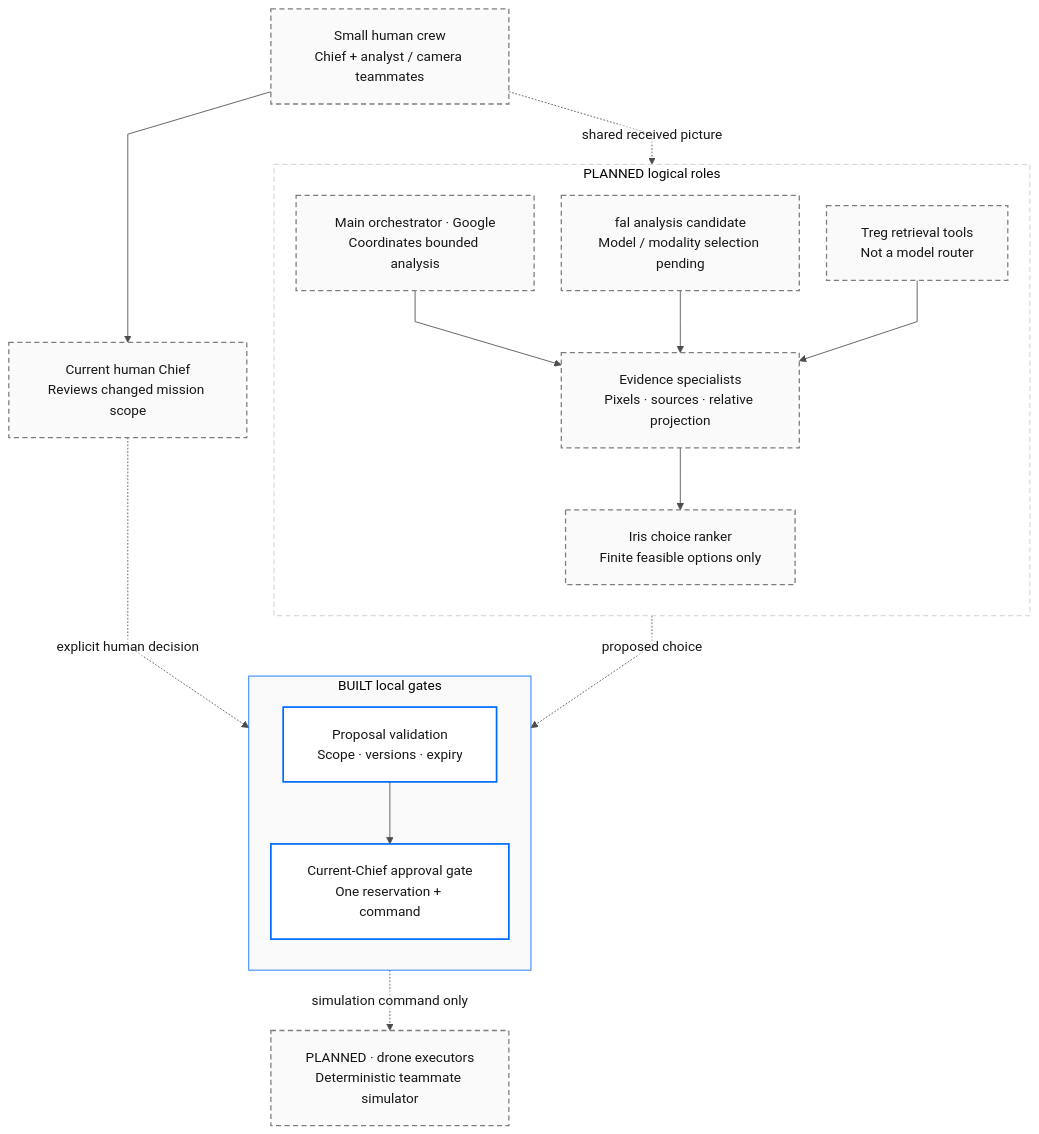
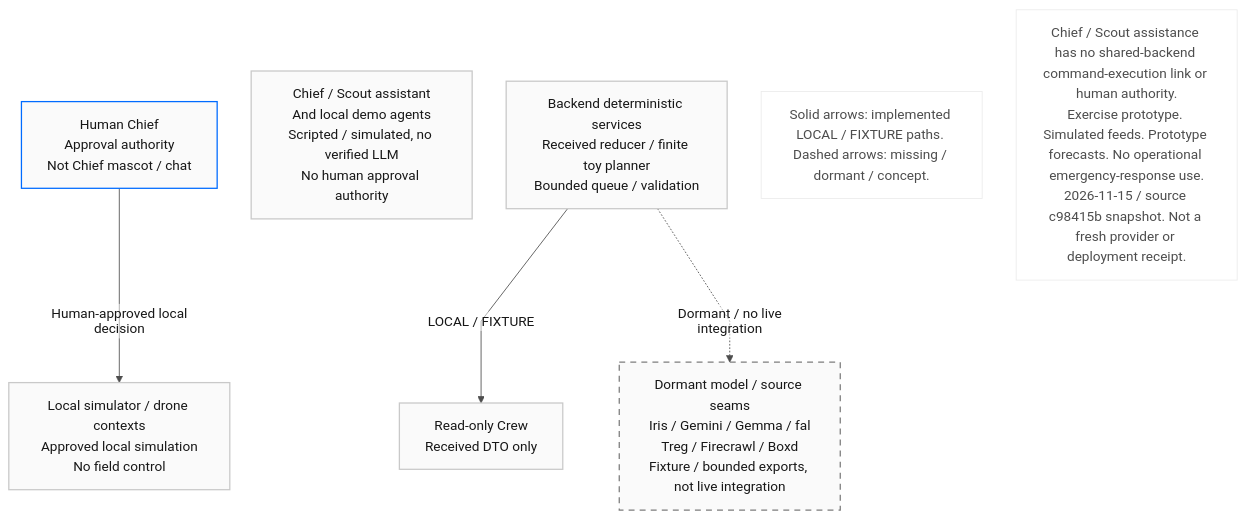
One commit to nikolas-sapa/FIREYE changed the diagram in docs/assets/readme/agent-roles.mmd. Above: the diagram before and after it, drawn with Mermaid. The commit also changed 16 other files, not shown here.

First line of the commit message:
Keep demo diagrams aligned with implemented exercise boundaries

```diff
--- a/docs/assets/readme/agent-roles.mmd
+++ b/docs/assets/readme/agent-roles.mmd
@@ -1,42 +1,23 @@
-%%{init: {"theme":"base","fontFamily":"Geist Sans","fontSize":18,"themeVariables":{"background":"#ffffff","primaryColor":"#fafafa","primaryTextColor":"#171717","primaryBorderColor":"#8f8f8f","lineColor":"#4d4d4d","secondaryColor":"#ffffff","tertiaryColor":"#fafafa","clusterBkg":"#fafafa","clusterBorder":"#c9c9c9","edgeLabelBackground":"#ffffff"},"flowchart":{"htmlLabels":false,"curve":"linear","nodeSpacing":32,"rankSpacing":48,"padding":20}}}%%
+%%{init: {"theme":"base","fontFamily":"Geist Sans","fontSize":22,"themeVariables":{"primaryColor":"#fafafa","primaryTextColor":"#171717","primaryBorderColor":"#c9c9c9","lineColor":"#4d4d4d","edgeLabelBackground":"#ffffff"},"flowchart":{"htmlLabels":false,"curve":"linear","nodeSpacing":40,"rankSpacing":56}}}%%
 graph TD
-  accTitle: Human crew, planned analytical roles and the current local approval boundary
-  accDescr: Multiple human teammates coordinate a larger set of logical specialist contexts. All model and tool roles are planned, with zero verified product calls. Google would orchestrate, Iris would rank finite feasible choices, fal analysis selection is pending, and Treg supplies retrieval tools rather than model routing. Only the current human Chief may approve changed simulation scope. Built local gates do not establish real authentication or runtime integration.
-
-  CREW["Small human crew<br/>Chief + analyst / camera teammates"]
-  CHIEF["Current human Chief<br/>Reviews changed mission scope"]
-
-  subgraph INTELLIGENCE["PLANNED logical roles"]
-    direction TB
-    ORCH["Main orchestrator · Google<br/>Coordinates bounded analysis"]
-    SPECIALISTS["Evidence specialists<br/>Pixels · sources · relative projection"]
-    FAL["fal analysis candidate<br/>Model / modality selection pending"]
-    TREG["Treg retrieval tools<br/>Not a model router"]
-    IRIS["Iris choice ranker<br/>Finite feasible options only"]
-    ORCH --> SPECIALISTS
-    FAL --> SPECIALISTS
-    TREG --> SPECIALISTS
-    SPECIALISTS --> IRIS
-  end
-
-  subgraph LOCAL["BUILT local gates"]
-    direction TB
-    PROPOSAL["Proposal validation<br/>Scope · versions · expiry"]
-    APPROVAL["Current-Chief approval gate<br/>One reservation + command"]
-    PROPOSAL --> APPROVAL
-  end
-
-  EXECUTOR["PLANNED · drone executors<br/>Deterministic teammate simulator"]
-
-  CREW -. shared received picture .-> ORCH
-  CREW --> CHIEF
-  IRIS -. proposed choice .-> PROPOSAL
-  CHIEF -. explicit human decision .-> APPROVAL
-  APPROVAL -. simulation command only .-> EXECUTOR
-
-  classDef built fill:#ffffff,stroke:#006bff,stroke-width:2px,color:#171717;
-  classDef planned fill:#fafafa,stroke:#7d7d7d,stroke-width:1.5px,stroke-dasharray:6 4,color:#171717;
-  class PROPOSAL,APPROVAL built;
-  class CREW,CHIEF,ORCH,SPECIALISTS,FAL,TREG,IRIS,EXECUTOR planned;
-  style INTELLIGENCE fill:#ffffff,stroke:#c9c9c9,stroke-dasharray:6 4
-  style LOCAL fill:#fafafa,stroke:#006bff
+  accTitle: Human authority. Bounded software roles.
+  accDescr: Product roles and local contexts, not coding agents or verified model integrations. Solid arrows: implemented LOCAL / FIXTURE paths. Dashed arrows: missing / dormant / concept. Chief / Scout assistance has no shared-backend command-execution link or human authority. Exercise prototype. Simulated feeds. Prototype forecasts. No operational emergency-response use. 2026-11-15 / source c98415b snapshot. Not a fresh provider or deployment receipt.
+  HUMAN["Human Chief<br/>Approval authority<br/>Not Chief mascot / chat"]
+  LOCAL["Local simulator / drone contexts<br/>Approved local simulation<br/>No field control"]
+  ASSISTANT["Chief / Scout assistant<br/>And local demo agents<br/>Scripted / simulated, no verified LLM<br/>No human approval authority"]
+  BACKEND["Backend deterministic services<br/>Received reducer / finite toy planner<br/>Bounded queue / validation"]
+  SEAMS["Dormant model / source seams<br/>Iris / Gemini / Gemma / fal<br/>Treg / Firecrawl / Boxd<br/>Fixture / bounded exports, not live integration"]
+  CREW["Read-only Crew<br/>Received DTO only"]
+  HUMAN -- "Human-approved local decision" --> LOCAL
+  BACKEND -- "LOCAL / FIXTURE" --> CREW
+  BACKEND -. "Dormant / no live integration" .-> SEAMS
+  LEGEND["Solid arrows: implemented LOCAL / FIXTURE paths. Dashed arrows: missing / dormant / concept."]
+  BOUNDARY["Chief / Scout assistance has no shared-backend command-execution link or human authority.<br/>Exercise prototype. Simulated feeds. Prototype forecasts. No operational emergency-response use.<br/>2026-11-15 / source c98415b snapshot. Not a fresh provider or deployment receipt."]
+  classDef local fill:#fafafa,stroke:#c9c9c9,stroke-width:1.5px,color:#171717;
+  classDef authority fill:#fafafa,stroke:#006bff,stroke-width:1.5px,color:#171717;
+  classDef pending fill:#fafafa,stroke:#7d7d7d,stroke-width:1.5px,stroke-dasharray:7 6,color:#171717;
+  classDef note fill:#ffffff,stroke:#ebebeb,color:#4d4d4d;
+  class HUMAN,LOCAL,ASSISTANT,BACKEND,CREW local;
+  class HUMAN authority;
+  class SEAMS pending;
+  class LEGEND,BOUNDARY note;
```
